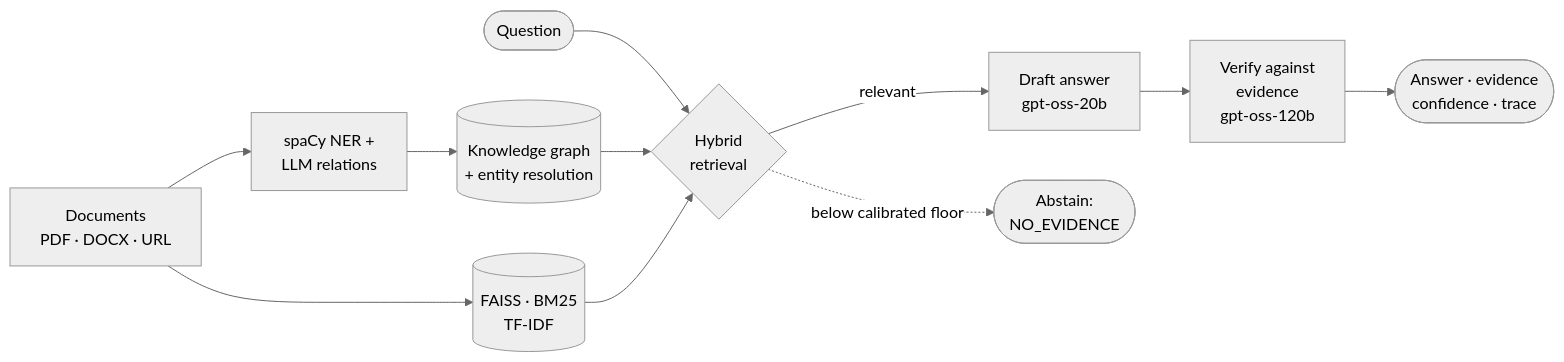
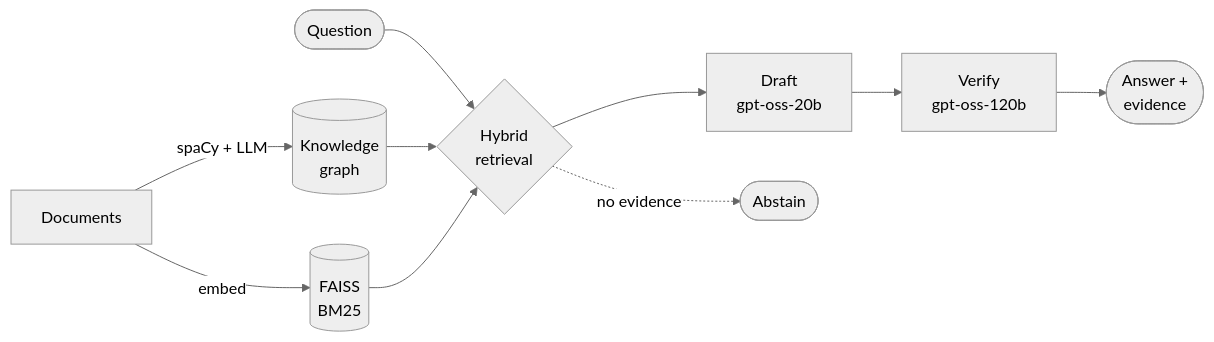
The diagram in README.md (saurabhshreni-cmyk/GraphRAG-Plus), drawn with Mermaid (neutral theme) before and after one commit.

Commit message:
docs: narrow the architecture diagram to fit without clipping

````diff
--- a/README.md
+++ b/README.md
@@ -75,13 +75,12 @@
 ```mermaid
 flowchart LR
-    DOC[Documents<br/>PDF · DOCX · URL] --> EXT[spaCy NER +<br/>LLM relations]
-    EXT --> KG[(Knowledge graph<br/>+ entity resolution)]
-    DOC --> VEC[(FAISS · BM25<br/>TF-IDF)]
+    DOC[Documents] -->|spaCy + LLM| KG[(Knowledge<br/>graph)]
+    DOC -->|embed| VEC[(FAISS<br/>BM25)]
     Q([Question]) --> RET{Hybrid<br/>retrieval}
     KG --> RET
     VEC --> RET
-    RET -->|relevant| DRAFT[Draft answer<br/>gpt-oss-20b]
-    RET -.->|below calibrated floor| ABS([Abstain:<br/>NO_EVIDENCE])
-    DRAFT --> VER[Verify against<br/>evidence<br/>gpt-oss-120b]
-    VER --> OUT([Answer · evidence<br/>confidence · trace])
+    RET --> DRAFT[Draft<br/>gpt-oss-20b]
+    RET -.->|no evidence| ABS([Abstain])
+    DRAFT --> VER[Verify<br/>gpt-oss-120b]
+    VER --> OUT([Answer +<br/>evidence])
 ```
````
